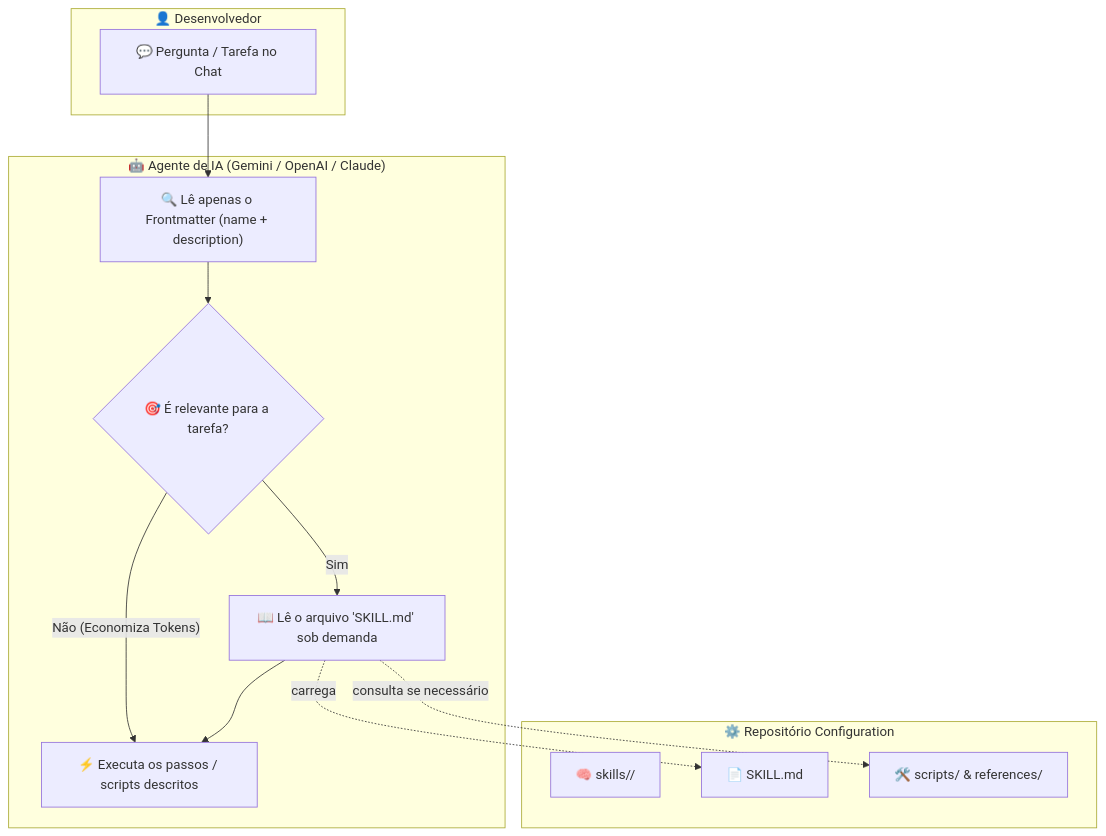
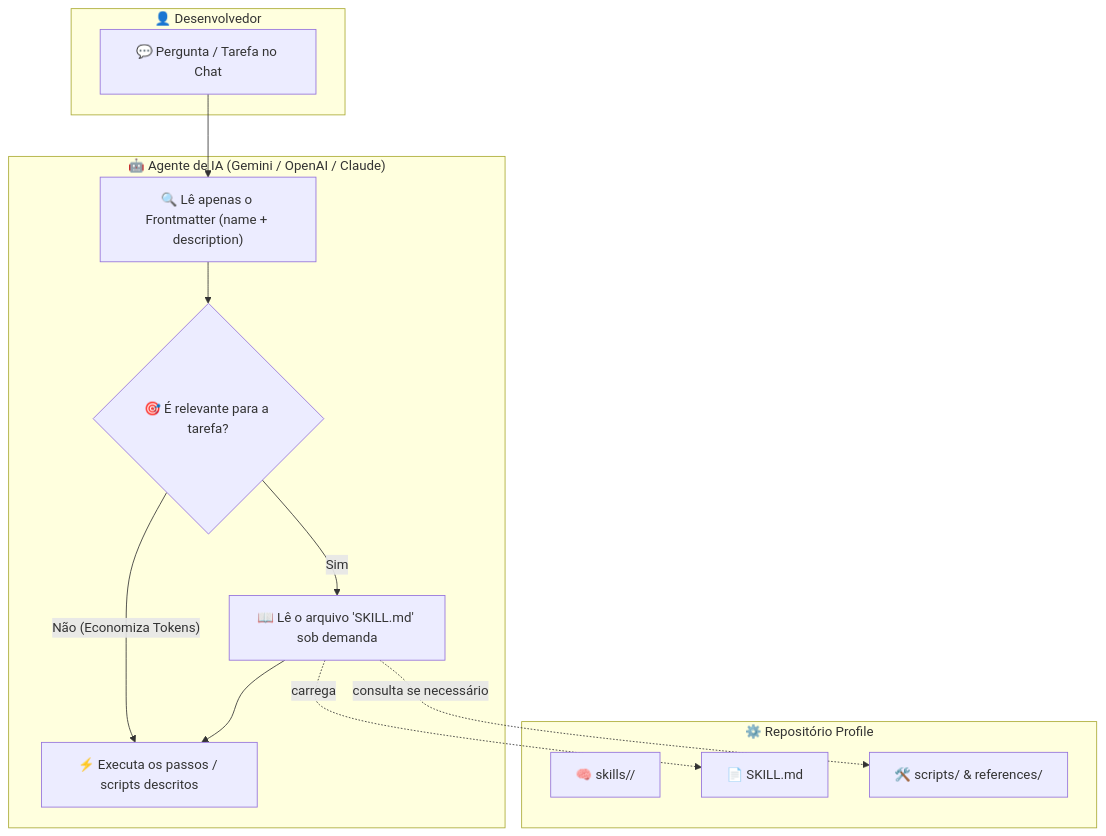
One commit to GabrielFrigo4/profile changed the second of 2 diagrams in skills/README.md. Above: the diagram before and after it, drawn with Mermaid. The commit also changed other lines of this file and 2 other files, not shown here.

````diff
--- a/skills/README.md
+++ b/skills/README.md
@@ -109,27 +109,27 @@
 ```mermaid
 flowchart TD
     subgraph USER ["👤 Desenvolvedor"]
         PROMPT["💬 Pergunta / Tarefa no Chat"]
     end
 
     subgraph LLM ["🤖 Agente de IA (Gemini / OpenAI / Claude)"]
         METAS["🔍 Lê apenas o Frontmatter (name + description)"]
         DECIDE{"🎯 É relevante para a tarefa?"}
         LOAD["📖 Lê o arquivo 'SKILL.md' sob demanda"]
         EXEC["⚡ Executa os passos / scripts descritos"]
     end
 
-    subgraph REPO ["⚙️ Repositório Configuration"]
+    subgraph REPO ["⚙️ Repositório Profile"]
         SKILLS_DIR["🧠 skills/<skill_name>/"]
         SKILL_MD["📄 SKILL.md"]
         SCRIPTS["🛠️ scripts/ & references/"]
     end
 
     PROMPT --> METAS
     METAS --> DECIDE
     DECIDE -- "Não (Economiza Tokens)" --> EXEC
     DECIDE -- "Sim" --> LOAD
     LOAD -.->|carrega| SKILL_MD
     LOAD -.->|consulta se necessário| SCRIPTS
     LOAD --> EXEC
 ```
````
